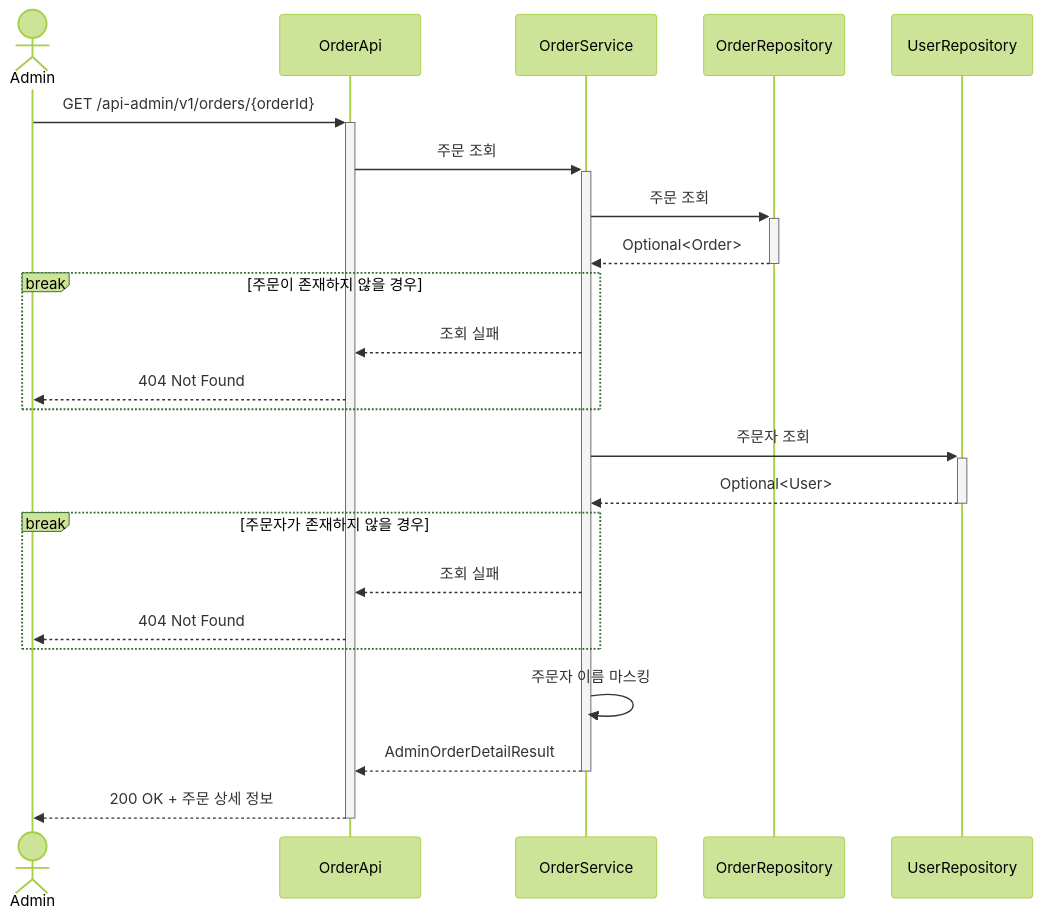
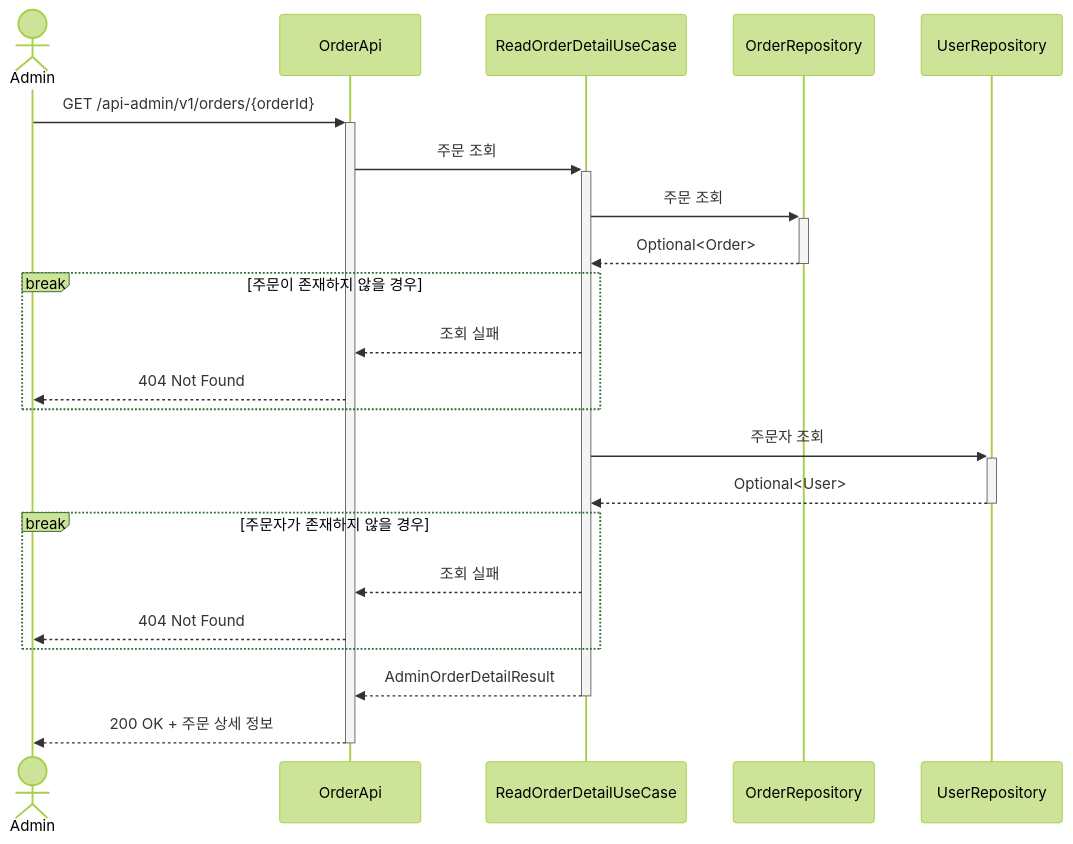
Diagram 20 of 23 in .docs/design/02-sequence-diagrams.md (Loopers-dev-lab/loop-pack-be-l2-vol3-java), drawn with Mermaid (forest theme) before and after one commit. The commit also changed other lines of this file and 88 other files, not shown here.

````diff
--- a/.docs/design/02-sequence-diagrams.md
+++ b/.docs/design/02-sequence-diagrams.md
@@ -657,32 +685,30 @@
 ```mermaid
 sequenceDiagram
     actor Admin
     participant OrderApi
-    participant OrderService
+    participant ReadOrderDetailUseCase
     participant OrderRepository
     participant UserRepository
 
     Admin ->>+ OrderApi: GET /api-admin/v1/orders/{orderId}
-    OrderApi ->>+ OrderService: 주문 조회
+    OrderApi ->>+ ReadOrderDetailUseCase: 주문 조회
 
-    OrderService ->>+ OrderRepository: 주문 조회
-    OrderRepository -->>- OrderService: Optional<Order>
+    ReadOrderDetailUseCase ->>+ OrderRepository: 주문 조회
+    OrderRepository -->>- ReadOrderDetailUseCase: Optional<Order>
 
     break 주문이 존재하지 않을 경우
-        OrderService -->> OrderApi: 조회 실패
+        ReadOrderDetailUseCase -->> OrderApi: 조회 실패
         OrderApi -->> Admin: 404 Not Found
     end
 
-    OrderService ->>+ UserRepository: 주문자 조회
-    UserRepository -->>- OrderService: Optional<User>
+    ReadOrderDetailUseCase ->>+ UserRepository: 주문자 조회
+    UserRepository -->>- ReadOrderDetailUseCase: Optional<User>
 
     break 주문자가 존재하지 않을 경우
-        OrderService -->> OrderApi: 조회 실패
+        ReadOrderDetailUseCase -->> OrderApi: 조회 실패
         OrderApi -->> Admin: 404 Not Found
     end
 
-    OrderService ->> OrderService: 주문자 이름 마스킹
-
-    OrderService -->>- OrderApi: AdminOrderDetailResult
+    ReadOrderDetailUseCase -->>- OrderApi: AdminOrderDetailResult
     OrderApi -->>- Admin: 200 OK + 주문 상세 정보
 ```
````
